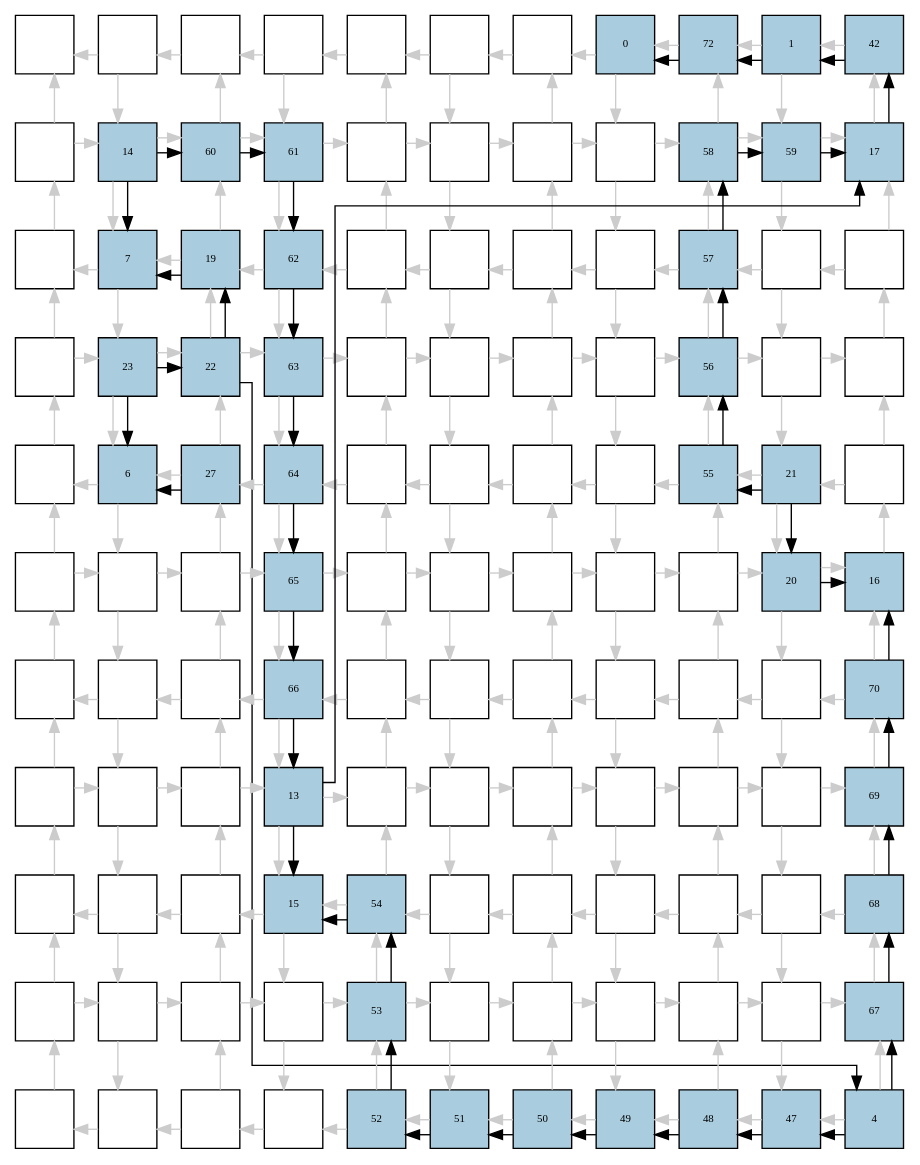
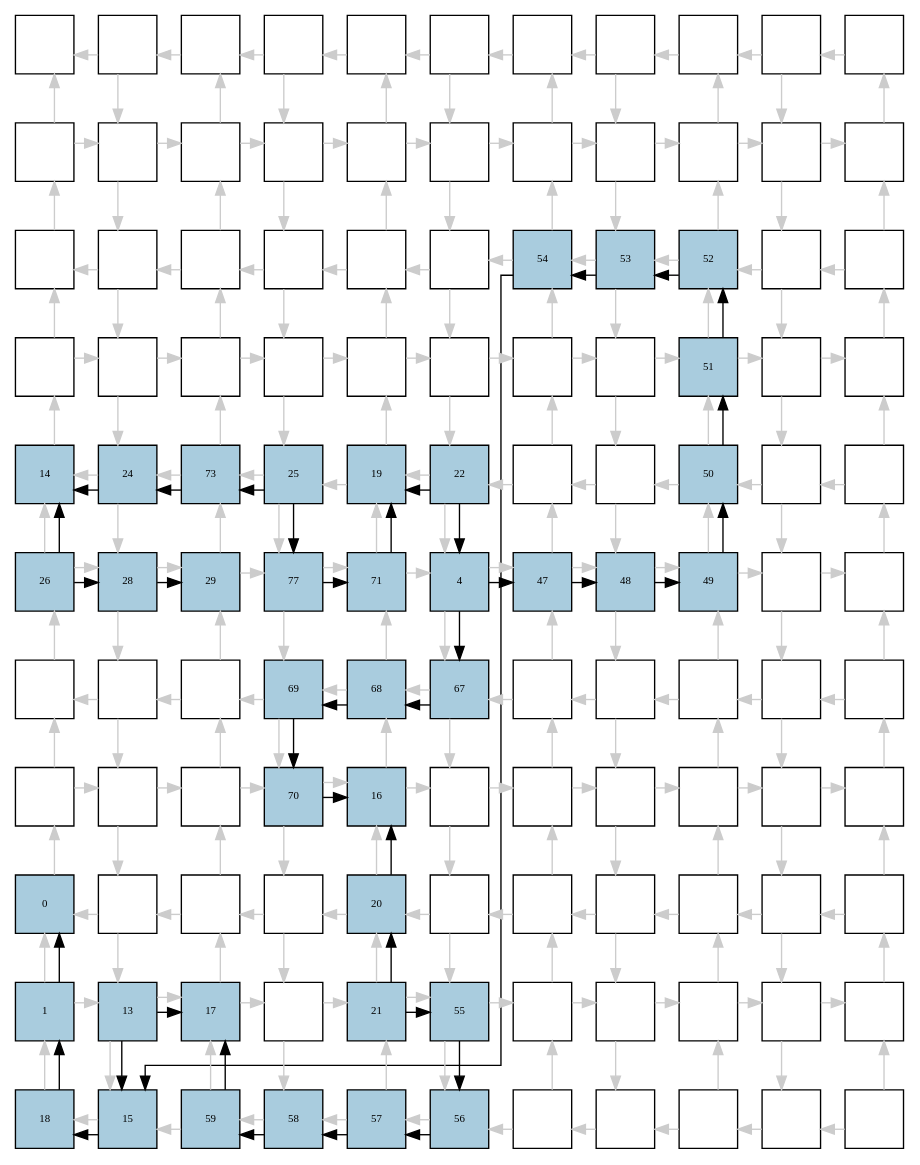
Before and after one commit to jeronimopenha/PeR: the diagram in reports/qca/yoto_zz/dot/1bitAdderMaj_inverted_1.dot, drawn with Graphviz. The commit also changed 558 other files, not shown here.

```diff
--- a/reports/qca/yoto_zz/dot/1bitAdderMaj_inverted_1.dot
+++ b/reports/qca/yoto_zz/dot/1bitAdderMaj_inverted_1.dot
@@ -11,120 +11,120 @@
 4[label="", fontsize=8, fillcolor="#ffffff"];
 5[label="", fontsize=8, fillcolor="#ffffff"];
 6[label="", fontsize=8, fillcolor="#ffffff"];
-7[label="0", fontsize=8, fillcolor="#a9ccde"];
-8[label="72", fontsize=8, fillcolor="#a9ccde"];
-9[label="1", fontsize=8, fillcolor="#a9ccde"];
-10[label="42", fontsize=8, fillcolor="#a9ccde"];
+7[label="", fontsize=8, fillcolor="#ffffff"];
+8[label="", fontsize=8, fillcolor="#ffffff"];
+9[label="", fontsize=8, fillcolor="#ffffff"];
+10[label="", fontsize=8, fillcolor="#ffffff"];
 11[label="", fontsize=8, fillcolor="#ffffff"];
-12[label="14", fontsize=8, fillcolor="#a9ccde"];
-13[label="60", fontsize=8, fillcolor="#a9ccde"];
-14[label="61", fontsize=8, fillcolor="#a9ccde"];
+12[label="", fontsize=8, fillcolor="#ffffff"];
+13[label="", fontsize=8, fillcolor="#ffffff"];
+14[label="", fontsize=8, fillcolor="#ffffff"];
 15[label="", fontsize=8, fillcolor="#ffffff"];
 16[label="", fontsize=8, fillcolor="#ffffff"];
 17[label="", fontsize=8, fillcolor="#ffffff"];
 18[label="", fontsize=8, fillcolor="#ffffff"];
-19[label="58", fontsize=8, fillcolor="#a9ccde"];
-20[label="59", fontsize=8, fillcolor="#a9ccde"];
-21[label="17", fontsize=8, fillcolor="#a9ccde"];
+19[label="", fontsize=8, fillcolor="#ffffff"];
+20[label="", fontsize=8, fillcolor="#ffffff"];
+21[label="", fontsize=8, fillcolor="#ffffff"];
 22[label="", fontsize=8, fillcolor="#ffffff"];
-23[label="7", fontsize=8, fillcolor="#a9ccde"];
-24[label="19", fontsize=8, fillcolor="#a9ccde"];
-25[label="62", fontsize=8, fillcolor="#a9ccde"];
+23[label="", fontsize=8, fillcolor="#ffffff"];
+24[label="", fontsize=8, fillcolor="#ffffff"];
+25[label="", fontsize=8, fillcolor="#ffffff"];
 26[label="", fontsize=8, fillcolor="#ffffff"];
 27[label="", fontsize=8, fillcolor="#ffffff"];
-28[label="", fontsize=8, fillcolor="#ffffff"];
-29[label="", fontsize=8, fillcolor="#ffffff"];
-30[label="57", fontsize=8, fillcolor="#a9ccde"];
+28[label="54", fontsize=8, fillcolor="#a9ccde"];
+29[label="53", fontsize=8, fillcolor="#a9ccde"];
+30[label="52", fontsize=8, fillcolor="#a9ccde"];
 31[label="", fontsize=8, fillcolor="#ffffff"];
 32[label="", fontsize=8, fillcolor="#ffffff"];
 33[label="", fontsize=8, fillcolor="#ffffff"];
-34[label="23", fontsize=8, fillcolor="#a9ccde"];
-35[label="22", fontsize=8, fillcolor="#a9ccde"];
-36[label="63", fontsize=8, fillcolor="#a9ccde"];
+34[label="", fontsize=8, fillcolor="#ffffff"];
+35[label="", fontsize=8, fillcolor="#ffffff"];
+36[label="", fontsize=8, fillcolor="#ffffff"];
 37[label="", fontsize=8, fillcolor="#ffffff"];
 38[label="", fontsize=8, fillcolor="#ffffff"];
 39[label="", fontsize=8, fillcolor="#ffffff"];
 40[label="", fontsize=8, fillcolor="#ffffff"];
-41[label="56", fontsize=8, fillcolor="#a9ccde"];
+41[label="51", fontsize=8, fillcolor="#a9ccde"];
 42[label="", fontsize=8, fillcolor="#ffffff"];
 43[label="", fontsize=8, fillcolor="#ffffff"];
-44[label="", fontsize=8, fillcolor="#ffffff"];
-45[label="6", fontsize=8, fillcolor="#a9ccde"];
-46[label="27", fontsize=8, fillcolor="#a9ccde"];
-47[label="64", fontsize=8, fillcolor="#a9ccde"];
-48[label="", fontsize=8, fillcolor="#ffffff"];
-49[label="", fontsize=8, fillcolor="#ffffff"];
+44[label="14", fontsize=8, fillcolor="#a9ccde"];
+45[label="24", fontsize=8, fillcolor="#a9ccde"];
+46[label="73", fontsize=8, fillcolor="#a9ccde"];
+47[label="25", fontsize=8, fillcolor="#a9ccde"];
+48[label="19", fontsize=8, fillcolor="#a9ccde"];
+49[label="22", fontsize=8, fillcolor="#a9ccde"];
 50[label="", fontsize=8, fillcolor="#ffffff"];
 51[label="", fontsize=8, fillcolor="#ffffff"];
-52[label="55", fontsize=8, fillcolor="#a9ccde"];
-53[label="21", fontsize=8, fillcolor="#a9ccde"];
+52[label="50", fontsize=8, fillcolor="#a9ccde"];
+53[label="", fontsize=8, fillcolor="#ffffff"];
 54[label="", fontsize=8, fillcolor="#ffffff"];
-55[label="", fontsize=8, fillcolor="#ffffff"];
-56[label="", fontsize=8, fillcolor="#ffffff"];
-57[label="", fontsize=8, fillcolor="#ffffff"];
-58[label="65", fontsize=8, fillcolor="#a9ccde"];
-59[label="", fontsize=8, fillcolor="#ffffff"];
-60[label="", fontsize=8, fillcolor="#ffffff"];
-61[label="", fontsize=8, fillcolor="#ffffff"];
-62[label="", fontsize=8, fillcolor="#ffffff"];
-63[label="", fontsize=8, fillcolor="#ffffff"];
-64[label="20", fontsize=8, fillcolor="#a9ccde"];
-65[label="16", fontsize=8, fillcolor="#a9ccde"];
+55[label="26", fontsize=8, fillcolor="#a9ccde"];
+56[label="28", fontsize=8, fillcolor="#a9ccde"];
+57[label="29", fontsize=8, fillcolor="#a9ccde"];
+58[label="77", fontsize=8, fillcolor="#a9ccde"];
+59[label="71", fontsize=8, fillcolor="#a9ccde"];
+60[label="4", fontsize=8, fillcolor="#a9ccde"];
+61[label="47", fontsize=8, fillcolor="#a9ccde"];
+62[label="48", fontsize=8, fillcolor="#a9ccde"];
+63[label="49", fontsize=8, fillcolor="#a9ccde"];
+64[label="", fontsize=8, fillcolor="#ffffff"];
+65[label="", fontsize=8, fillcolor="#ffffff"];
 66[label="", fontsize=8, fillcolor="#ffffff"];
 67[label="", fontsize=8, fillcolor="#ffffff"];
 68[label="", fontsize=8, fillcolor="#ffffff"];
-69[label="66", fontsize=8, fillcolor="#a9ccde"];
-70[label="", fontsize=8, fillcolor="#ffffff"];
-71[label="", fontsize=8, fillcolor="#ffffff"];
+69[label="69", fontsize=8, fillcolor="#a9ccde"];
+70[label="68", fontsize=8, fillcolor="#a9ccde"];
+71[label="67", fontsize=8, fillcolor="#a9ccde"];
 72[label="", fontsize=8, fillcolor="#ffffff"];
 73[label="", fontsize=8, fillcolor="#ffffff"];
 74[label="", fontsize=8, fillcolor="#ffffff"];
 75[label="", fontsize=8, fillcolor="#ffffff"];
-76[label="70", fontsize=8, fillcolor="#a9ccde"];
+76[label="", fontsize=8, fillcolor="#ffffff"];
 77[label="", fontsize=8, fillcolor="#ffffff"];
 78[label="", fontsize=8, fillcolor="#ffffff"];
 79[label="", fontsize=8, fillcolor="#ffffff"];
-80[label="13", fontsize=8, fillcolor="#a9ccde"];
-81[label="", fontsize=8, fillcolor="#ffffff"];
+80[label="70", fontsize=8, fillcolor="#a9ccde"];
+81[label="16", fontsize=8, fillcolor="#a9ccde"];
 82[label="", fontsize=8, fillcolor="#ffffff"];
 83[label="", fontsize=8, fillcolor="#ffffff"];
 84[label="", fontsize=8, fillcolor="#ffffff"];
 85[label="", fontsize=8, fillcolor="#ffffff"];
 86[label="", fontsize=8, fillcolor="#ffffff"];
-87[label="69", fontsize=8, fillcolor="#a9ccde"];
-88[label="", fontsize=8, fillcolor="#ffffff"];
+87[label="", fontsize=8, fillcolor="#ffffff"];
+88[label="0", fontsize=8, fillcolor="#a9ccde"];
 89[label="", fontsize=8, fillcolor="#ffffff"];
 90[label="", fontsize=8, fillcolor="#ffffff"];
-91[label="15", fontsize=8, fillcolor="#a9ccde"];
-92[label="54", fontsize=8, fillcolor="#a9ccde"];
+91[label="", fontsize=8, fillcolor="#ffffff"];
+92[label="20", fontsize=8, fillcolor="#a9ccde"];
 93[label="", fontsize=8, fillcolor="#ffffff"];
 94[label="", fontsize=8, fillcolor="#ffffff"];
 95[label="", fontsize=8, fillcolor="#ffffff"];
 96[label="", fontsize=8, fillcolor="#ffffff"];
 97[label="", fontsize=8, fillcolor="#ffffff"];
-98[label="68", fontsize=8, fillcolor="#a9ccde"];
-99[label="", fontsize=8, fillcolor="#ffffff"];
-100[label="", fontsize=8, fillcolor="#ffffff"];
-101[label="", fontsize=8, fillcolor="#ffffff"];
+98[label="", fontsize=8, fillcolor="#ffffff"];
+99[label="1", fontsize=8, fillcolor="#a9ccde"];
+100[label="13", fontsize=8, fillcolor="#a9ccde"];
+101[label="17", fontsize=8, fillcolor="#a9ccde"];
 102[label="", fontsize=8, fillcolor="#ffffff"];
-103[label="53", fontsize=8, fillcolor="#a9ccde"];
-104[label="", fontsize=8, fillcolor="#ffffff"];
+103[label="21", fontsize=8, fillcolor="#a9ccde"];
+104[label="55", fontsize=8, fillcolor="#a9ccde"];
 105[label="", fontsize=8, fillcolor="#ffffff"];
 106[label="", fontsize=8, fillcolor="#ffffff"];
 107[label="", fontsize=8, fillcolor="#ffffff"];
 108[label="", fontsize=8, fillcolor="#ffffff"];
-109[label="67", fontsize=8, fillcolor="#a9ccde"];
-110[label="", fontsize=8, fillcolor="#ffffff"];
-111[label="", fontsize=8, fillcolor="#ffffff"];
-112[label="", fontsize=8, fillcolor="#ffffff"];
-113[label="", fontsize=8, fillcolor="#ffffff"];
-114[label="52", fontsize=8, fillcolor="#a9ccde"];
-115[label="51", fontsize=8, fillcolor="#a9ccde"];
-116[label="50", fontsize=8, fillcolor="#a9ccde"];
-117[label="49", fontsize=8, fillcolor="#a9ccde"];
-118[label="48", fontsize=8, fillcolor="#a9ccde"];
-119[label="47", fontsize=8, fillcolor="#a9ccde"];
-120[label="4", fontsize=8, fillcolor="#a9ccde"];
+109[label="", fontsize=8, fillcolor="#ffffff"];
+110[label="18", fontsize=8, fillcolor="#a9ccde"];
+111[label="15", fontsize=8, fillcolor="#a9ccde"];
+112[label="59", fontsize=8, fillcolor="#a9ccde"];
+113[label="58", fontsize=8, fillcolor="#a9ccde"];
+114[label="57", fontsize=8, fillcolor="#a9ccde"];
+115[label="56", fontsize=8, fillcolor="#a9ccde"];
+116[label="", fontsize=8, fillcolor="#ffffff"];
+117[label="", fontsize=8, fillcolor="#ffffff"];
+118[label="", fontsize=8, fillcolor="#ffffff"];
+119[label="", fontsize=8, fillcolor="#ffffff"];
+120[label="", fontsize=8, fillcolor="#ffffff"];
 edge [constraint=false, style=vis];
 1 -> 0 [color="#cccccc"];
 1 -> 12 [color="#cccccc"];
@@ -346,49 +346,44 @@
 119 -> 118 [color="#cccccc"];
 120 -> 109 [color="#cccccc"];
 120 -> 119 [color="#cccccc"];
-34 -> 35;
-34 -> 45;
+47 -> 46;
 46 -> 45;
-24 -> 23;
-12 -> 23;
-53 -> 64;
-21 -> 10;
-10 -> 9;
-80 -> 91;
-120 -> 119;
-119 -> 118;
-118 -> 117;
-117 -> 116;
-116 -> 115;
-115 -> 114;
-114 -> 103;
+45 -> 44;
+55 -> 44;
+55 -> 56;
+56 -> 57;
 103 -> 92;
-92 -> 91;
-80 -> 21;
-53 -> 52;
+110 -> 99;
+111 -> 110;
+100 -> 111;
+60 -> 61;
+61 -> 62;
+62 -> 63;
+63 -> 52;
 52 -> 41;
 41 -> 30;
-30 -> 19;
-19 -> 20;
-20 -> 21;
-35 -> 120;
-9 -> 8;
-8 -> 7;
-12 -> 13;
-13 -> 14;
-14 -> 25;
-25 -> 36;
-36 -> 47;
+30 -> 29;
+29 -> 28;
+28 -> 111;
+100 -> 101;
+103 -> 104;
+104 -> 115;
+115 -> 114;
+114 -> 113;
+113 -> 112;
+112 -> 101;
+49 -> 60;
+99 -> 88;
+92 -> 81;
+60 -> 71;
+71 -> 70;
+70 -> 69;
+69 -> 80;
+80 -> 81;
+49 -> 48;
 47 -> 58;
-58 -> 69;
-69 -> 80;
-64 -> 65;
-120 -> 109;
-109 -> 98;
-98 -> 87;
-87 -> 76;
-76 -> 65;
-35 -> 24;
+58 -> 59;
+59 -> 48;
 edge [constraint=true, style=invis];
 0 -> 11 -> 22 -> 33 -> 44 -> 55 -> 66 -> 77 -> 88 -> 99 -> 110;
 1 -> 12 -> 23 -> 34 -> 45 -> 56 -> 67 -> 78 -> 89 -> 100 -> 111;
```
